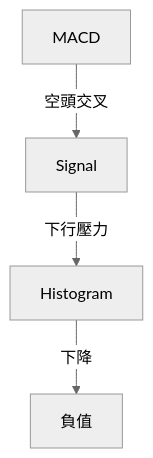
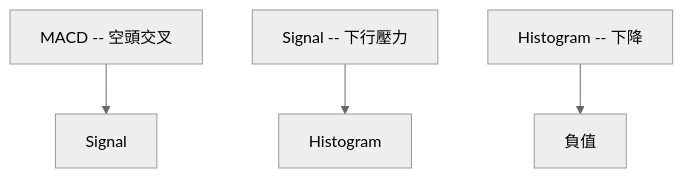
One commit to yennanliu/finance_data changed the seventh of 11 diagrams in ai_gen_report/stock/pltr/technical_analysis_2026-04-01_openai.md. Above: the diagram before and after it, drawn with Mermaid (neutral theme). The commit also changed other lines of this file and 2258 other files, not shown here.

First line of the commit message:
chore: backfill Mermaid syntax repair across existing reports

````diff
--- a/ai_gen_report/stock/pltr/technical_analysis_2026-04-01_openai.md
+++ b/ai_gen_report/stock/pltr/technical_analysis_2026-04-01_openai.md
@@ -262,6 +262,6 @@
 ```mermaid
 graph TD
-    MACD -- 空頭交叉 --> Signal
-    Signal -- 下行壓力 --> Histogram
-    Histogram -- 下降 --> 負值
+    nb1["MACD -- 空頭交叉"] --> Signal
+    nb2["Signal -- 下行壓力"] --> Histogram
+    nb3["Histogram -- 下降"] --> 負值
 ```
````
